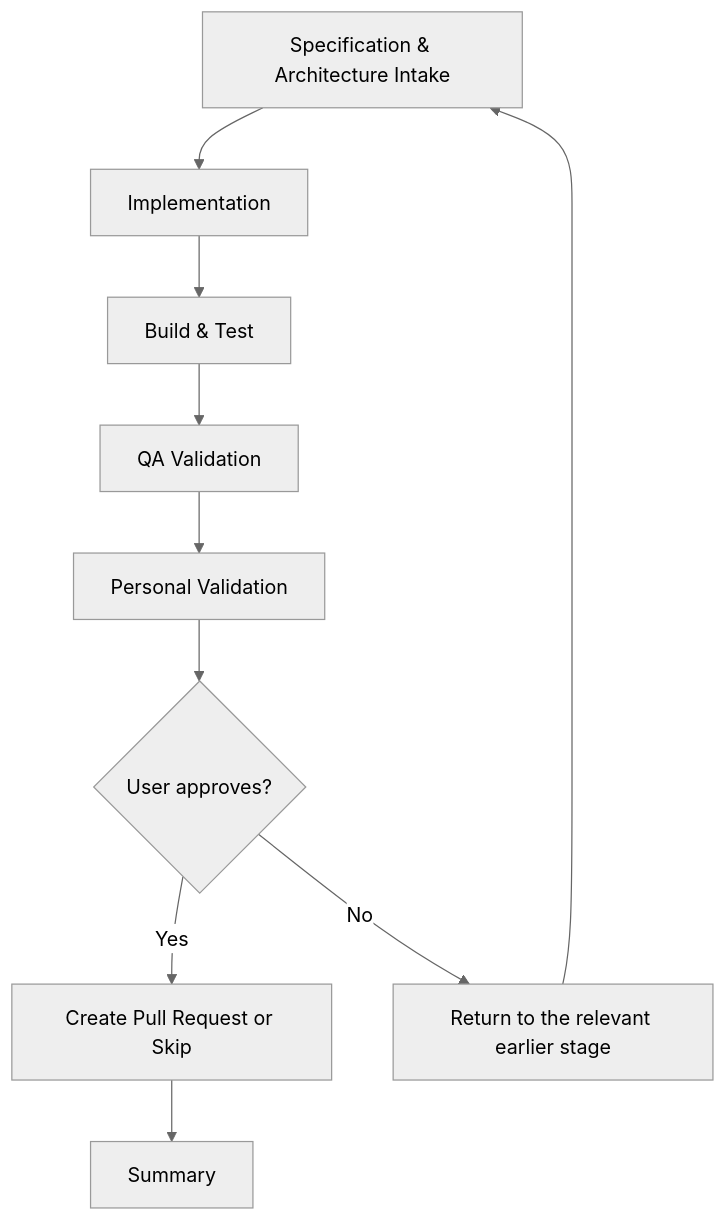
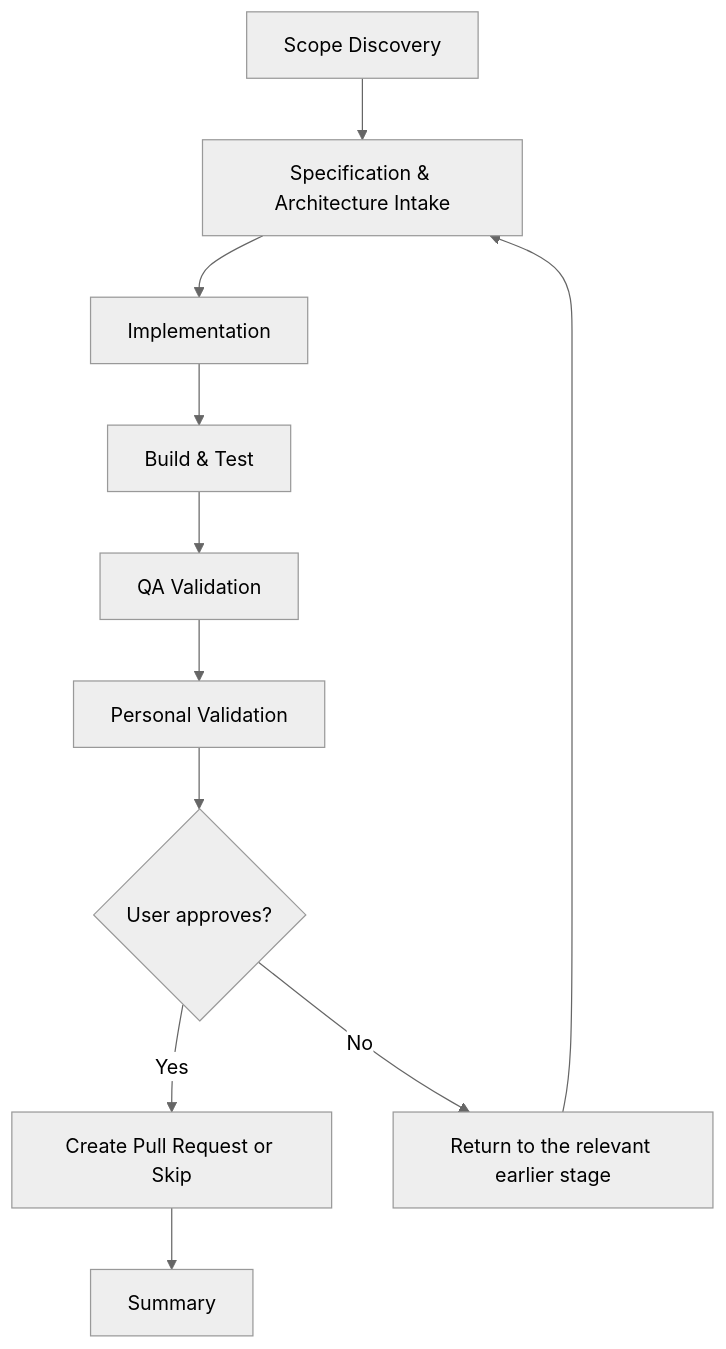
One commit to JSdotNet/Copilot changed diagram 11 of 14 in plugins/copilot-app/resources/orchestration-flow-diagrams.md. Above: the diagram before and after it, drawn with Mermaid (neutral theme). The commit also changed other lines of this file and 4 other files, not shown here.

First line of the commit message:
Add Stage 0 scope discovery to orch-feature and orch-bug

````diff
--- a/plugins/copilot-app/resources/orchestration-flow-diagrams.md
+++ b/plugins/copilot-app/resources/orchestration-flow-diagrams.md
@@ -271,12 +271,13 @@
 ```mermaid
 flowchart TD
-    A["Specification & Architecture Intake"] --> B["Implementation"]
+    S["Scope Discovery"] --> A["Specification & Architecture Intake"]
+    A --> B["Implementation"]
     B --> C["Build & Test"]
     C --> D["QA Validation"]
     D --> E["Personal Validation"]
     E --> F{User approves?}
     F -->|Yes| G["Create Pull Request or Skip"]
     F -->|No| H["Return to the relevant earlier stage"]
     H --> A
     G --> I["Summary"]
 ```
````
